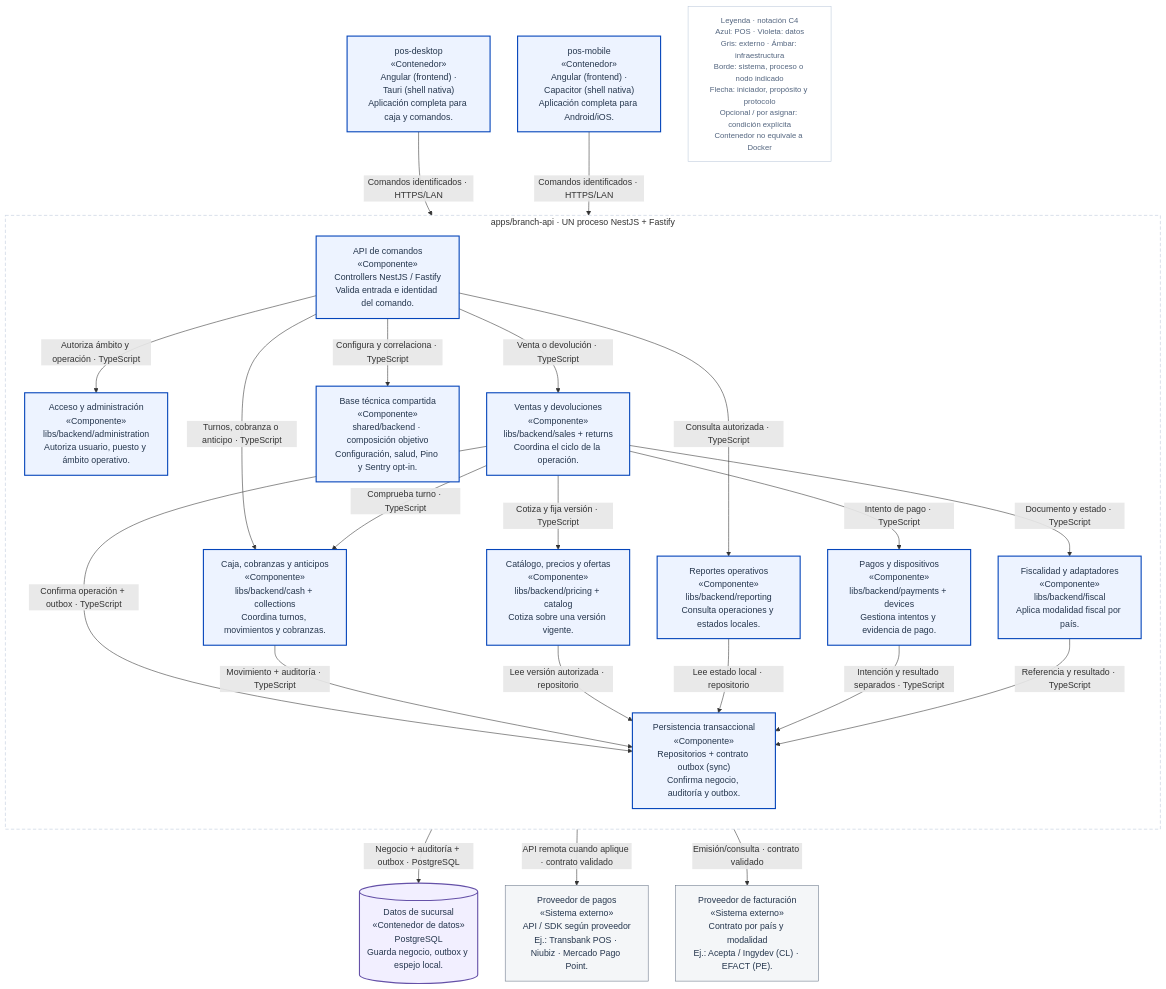
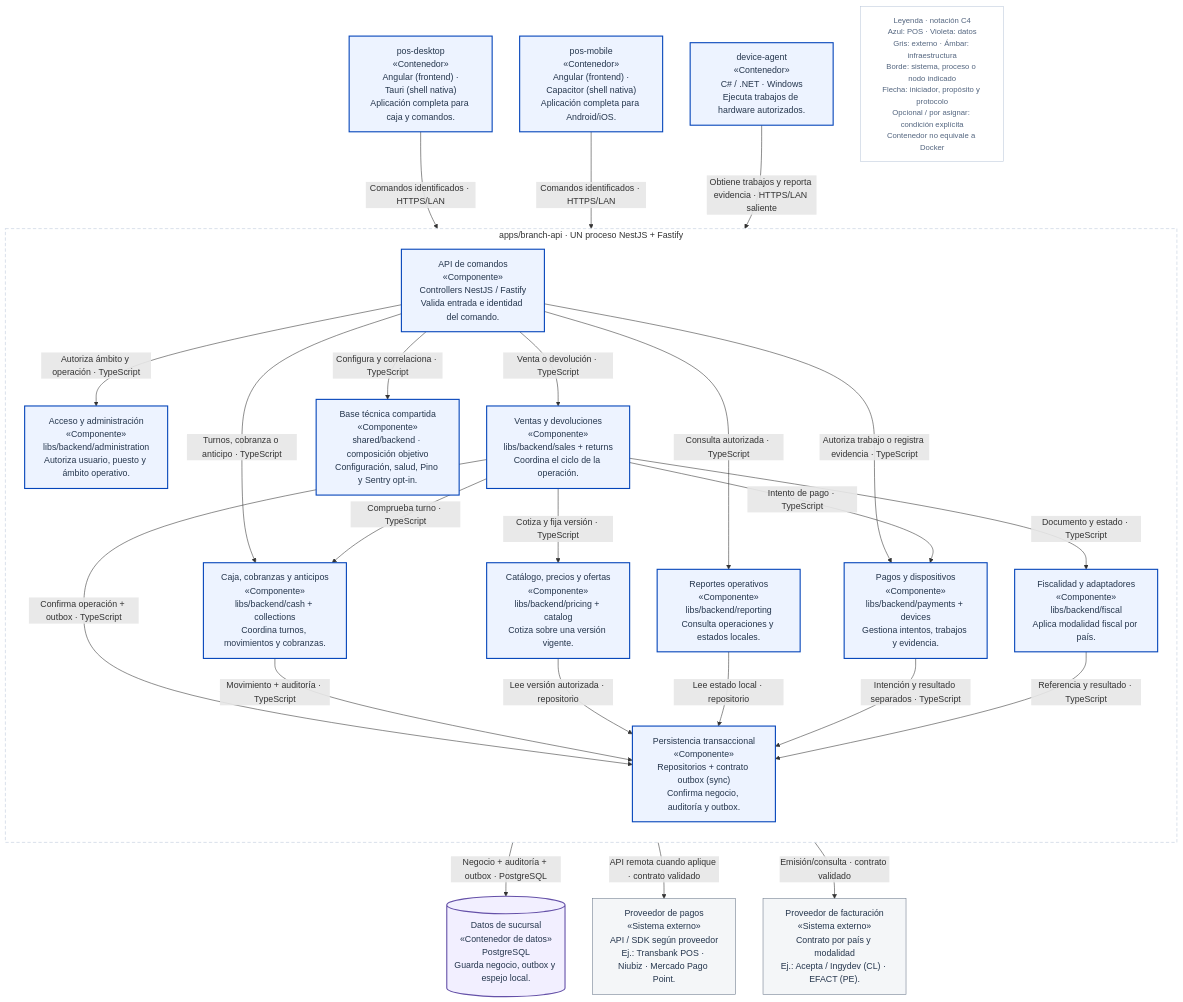
One commit to developer-implementos/pos-docs changed the diagram in docs/diagramas-excalidraw/mermaid/c4-backend.mmd. Above: the diagram before and after it, drawn with Mermaid. The commit also changed 94 other files, not shown here.

Commit message:
docs: define autonomous device agent across architecture and roadmap

```diff
--- a/docs/diagramas-excalidraw/mermaid/c4-backend.mmd
+++ b/docs/diagramas-excalidraw/mermaid/c4-backend.mmd
@@ -1,49 +1,52 @@
 flowchart TB
     accTitle: C3 · branch-api — Negocio de sucursal en un proceso
-    accDescr: apps/branch-api compone módulos de negocio y base técnica. Las bibliotecas agrupadas comparten proceso, sin convertirse en servicios independientes. sales/returns, cash/collections, pricing/catalog, payments/devices, fiscal, reporting, administration y contrato outbox de sync. El transporte vive en branch-sync-worker y la ACL en erp-worker.
+    accDescr: apps/branch-api compone módulos de negocio y base técnica. Las bibliotecas agrupadas comparten proceso, sin convertirse en servicios independientes. sales/returns, cash/collections, pricing/catalog, payments/devices, fiscal, reporting, administration y outbox de sync. devices conserva trabajos autorizados; device-agent los obtiene y reporta evidencia. No depende del cliente de escritorio.
     subgraph backendScope["apps/branch-api · UN proceso NestJS + Fastify"]
         direction TB
         entry["API de comandos<br/>«Componente»<br/>Controllers NestJS / Fastify<br/>Valida entrada e identidad del comando."]:::pos
         access["Acceso y administración<br/>«Componente»<br/>libs/backend/administration<br/>Autoriza usuario, puesto y ámbito operativo."]:::pos
         sales["Ventas y devoluciones<br/>«Componente»<br/>libs/backend/sales + returns<br/>Coordina el ciclo de la operación."]:::pos
         pricing["Catálogo, precios y ofertas<br/>«Componente»<br/>libs/backend/pricing + catalog<br/>Cotiza sobre una versión vigente."]:::pos
         cash["Caja, cobranzas y anticipos<br/>«Componente»<br/>libs/backend/cash + collections<br/>Coordina turnos, movimientos y cobranzas."]:::pos
-        payPort["Pagos y dispositivos<br/>«Componente»<br/>libs/backend/payments + devices<br/>Gestiona intentos y evidencia de pago."]:::pos
+        payPort["Pagos y dispositivos<br/>«Componente»<br/>libs/backend/payments + devices<br/>Gestiona intentos, trabajos y evidencia."]:::pos
         fiscalPort["Fiscalidad y adaptadores<br/>«Componente»<br/>libs/backend/fiscal<br/>Aplica modalidad fiscal por país."]:::pos
         reporting["Reportes operativos<br/>«Componente»<br/>libs/backend/reporting<br/>Consulta operaciones y estados locales."]:::pos
         unitOfWork["Persistencia transaccional<br/>«Componente»<br/>Repositorios + contrato outbox (sync)<br/>Confirma negocio, auditoría y outbox."]:::pos
         technicalBase["Base técnica compartida<br/>«Componente»<br/>shared/backend · composición objetivo<br/>Configuración, salud, Pino y Sentry opt-in."]:::pos
     end
     client["pos-desktop<br/>«Contenedor»<br/>Angular (frontend) ·<br/>Tauri (shell nativa)<br/>Aplicación completa para caja y comandos."]:::pos
     mobileClient["pos-mobile<br/>«Contenedor»<br/>Angular (frontend) ·<br/>Capacitor (shell nativa)<br/>Aplicación completa para Android/iOS."]:::pos
+    device["device-agent<br/>«Contenedor»<br/>C# / .NET · Windows<br/>Ejecuta trabajos de hardware autorizados."]:::pos
     branchDb[("Datos de sucursal<br/>«Contenedor de datos»<br/>PostgreSQL<br/>Guarda negocio, outbox y espejo local.")]:::store
     payments["Proveedor de pagos<br/>«Sistema externo»<br/>API / SDK según proveedor<br/>Ej.: Transbank POS · Niubiz · Mercado Pago Point."]:::external
     fiscal["Proveedor de facturación<br/>«Sistema externo»<br/>Contrato por país y modalidad<br/>Ej.: Acepta / Ingydev (CL) · EFACT (PE)."]:::external
     legend["Leyenda · notación C4<br/>Azul: POS · Violeta: datos<br/>Gris: externo · Ámbar: infraestructura<br/>Borde: sistema, proceso o nodo indicado<br/>Flecha: iniciador, propósito y protocolo<br/>Opcional / por asignar: condición explícita<br/>Contenedor no equivale a Docker"]:::key
     client -->|"Comandos identificados · HTTPS/LAN"| entry
     mobileClient -->|"Comandos identificados · HTTPS/LAN"| entry
+    device -->|"Obtiene trabajos y reporta evidencia · HTTPS/LAN saliente"| entry
     entry -->|"Autoriza ámbito y operación · TypeScript"| access
     entry -->|"Venta o devolución · TypeScript"| sales
     entry -->|"Turnos, cobranza o anticipo · TypeScript"| cash
     entry -->|"Consulta autorizada · TypeScript"| reporting
+    entry -->|"Autoriza trabajo o registra evidencia · TypeScript"| payPort
     entry -->|"Configura y correlaciona · TypeScript"| technicalBase
     sales -->|"Cotiza y fija versión · TypeScript"| pricing
     sales -->|"Comprueba turno · TypeScript"| cash
     sales -->|"Intento de pago · TypeScript"| payPort
     sales -->|"Documento y estado · TypeScript"| fiscalPort
     sales -->|"Confirma operación + outbox · TypeScript"| unitOfWork
     cash -->|"Movimiento + auditoría · TypeScript"| unitOfWork
     pricing -->|"Lee versión autorizada · repositorio"| unitOfWork
     reporting -->|"Lee estado local · repositorio"| unitOfWork
     payPort -->|"Intención y resultado separados · TypeScript"| unitOfWork
     fiscalPort -->|"Referencia y resultado · TypeScript"| unitOfWork
     unitOfWork -->|"Negocio + auditoría + outbox · PostgreSQL"| branchDb
     payPort -->|"API remota cuando aplique · contrato validado"| payments
     fiscalPort -->|"Emisión/consulta · contrato validado"| fiscal
     classDef pos fill:#EDF3FF,stroke:#0545BA,color:#25364D,stroke-width:2px
     classDef store fill:#F2EFFF,stroke:#6551A8,color:#25364D,stroke-width:2px
     classDef external fill:#F4F6F8,stroke:#6B788A,color:#25364D
     classDef person fill:#18336D,stroke:#18336D,color:#FFFFFF
     classDef infra fill:#FFF3E0,stroke:#A86516,color:#25364D
     classDef key fill:#FFFFFF,stroke:#BCC9DB,color:#53657F,font-size:14px
     style backendScope fill:#FFFFFF,stroke:#BCC9DB,stroke-dasharray:6 4
```
